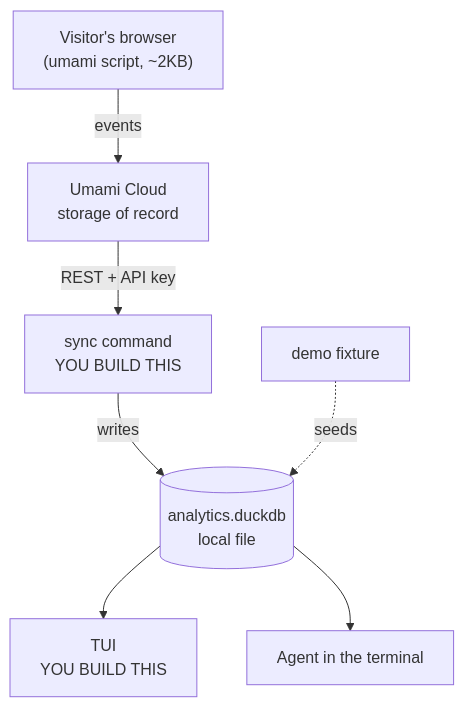
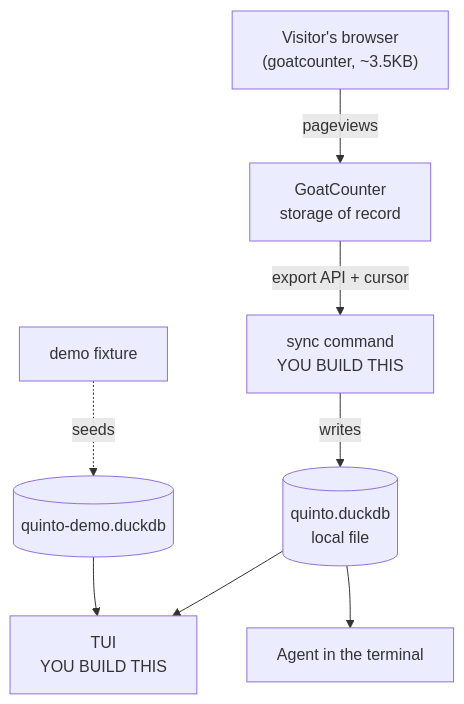
One commit to Tvk-sd/quinto changed the diagram in PLAN.md. Above: the diagram before and after it, drawn with Mermaid. The commit also changed other lines of this file and 5 other files, not shown here.

First line of the commit message:
Source: Umami out (paid API), GoatCounter in

````diff
--- a/PLAN.md
+++ b/PLAN.md
@@ -137,9 +152,10 @@
 ```mermaid
 flowchart TD
-    V["Visitor's browser<br/>(umami script, ~2KB)"] -->|events| U["Umami Cloud<br/>storage of record"]
-    U -->|"REST + API key"| S["sync command<br/>YOU BUILD THIS"]
-    S -->|writes| D[("analytics.duckdb<br/>local file")]
+    V["Visitor's browser<br/>(goatcounter, ~3.5KB)"] -->|pageviews| G["GoatCounter<br/>storage of record"]
+    G -->|"export API + cursor"| S["sync command<br/>YOU BUILD THIS"]
+    S -->|writes| D[("quinto.duckdb<br/>local file")]
     D --> T["TUI<br/>YOU BUILD THIS"]
     D --> A["Agent in the terminal"]
-    F["demo fixture"] -.->|seeds| D
+    F["demo fixture"] -.->|seeds| DD[("quinto-demo.duckdb")]
+    DD --> T
 ```
````
